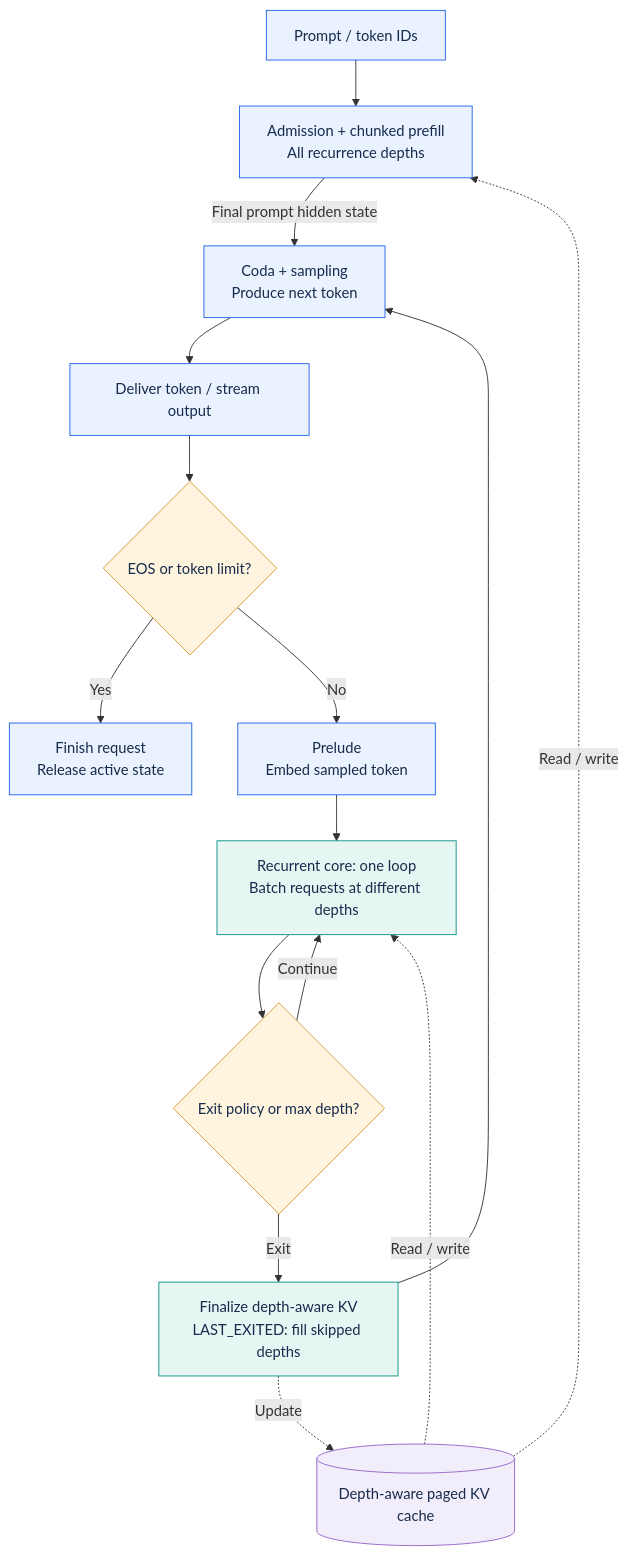
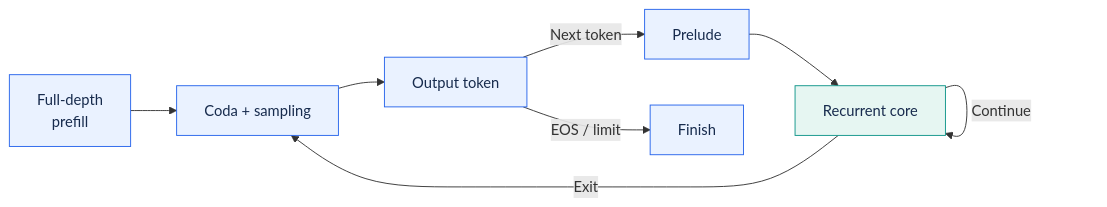
The diagram in README.md (0z5a/vllm-rlt), drawn with Mermaid before and after one commit. The commit also changed other lines of this file and 2 other files, not shown here.

````diff
--- a/README.md
+++ b/README.md
@@ -77,26 +74,15 @@
 ```mermaid
-flowchart TD
-    A["Prompt / token IDs"] --> B["Admission + chunked prefill<br/>All recurrence depths"]
-    B -->|Final prompt hidden state| C["Coda + sampling<br/>Produce next token"]
-    C --> D["Deliver token / stream output"]
-    D --> E{"EOS or token limit?"}
-    E -->|Yes| F["Finish request<br/>Release active state"]
-    E -->|No| G["Prelude<br/>Embed sampled token"]
-    G --> H["Recurrent core: one loop<br/>Batch requests at different depths"]
-    H --> I{"Exit policy or max depth?"}
-    I -->|Continue| H
-    I -->|Exit| J["Finalize depth-aware KV<br/>LAST_EXITED: fill skipped depths"]
-    J --> C
-    K[("Depth-aware paged KV cache")] -.->|Read / write| B
-    K -.->|Read / write| H
-    J -.->|Update| K
+flowchart LR
+    A["Full-depth<br/>prefill"] --> B["Coda + sampling"]
+    B --> C["Output token"]
+    C -->|Next token| D["Prelude"]
+    D --> E["Recurrent core"]
+    E -->|Continue| E
+    E -->|Exit| B
+    C -->|EOS / limit| F["Finish"]
 
     classDef boundary fill:#eaf2ff,stroke:#2563eb,color:#172b4d
     classDef recurrent fill:#e6f6f2,stroke:#0d9488,color:#172b4d
-    classDef decision fill:#fff5df,stroke:#d99732,color:#172b4d
-    classDef storage fill:#f2edfa,stroke:#9565c9,color:#172b4d
-    class A,B,C,D,F,G boundary
-    class H,J recurrent
-    class E,I decision
-    class K storage
+    class A,B,C,D,F boundary
+    class E recurrent
 ```
````
